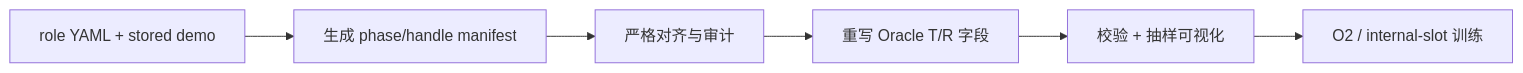
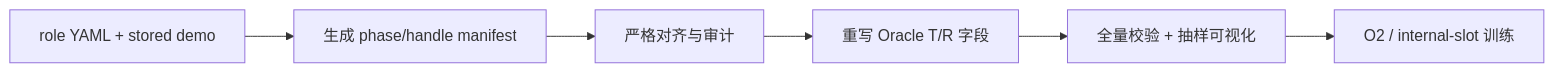
One commit to YW310/BridgeVLA changed the diagram in docs/guides/semantic-gt.md. Above: the diagram before and after it, drawn with Mermaid. The commit also changed other lines of this file and 12 other files, not shown here.

````diff
--- a/docs/guides/semantic-gt.md
+++ b/docs/guides/semantic-gt.md
@@ -13,8 +18,8 @@
 ```mermaid
 flowchart LR
     A[role YAML + stored demo] --> B[生成 phase/handle manifest]
     B --> C[严格对齐与审计]
     C --> D[重写 Oracle T/R 字段]
-    D --> E[校验 + 抽样可视化]
+    D --> E[全量校验 + 抽样可视化]
     E --> F[O2 / internal-slot 训练]
 ```
````
